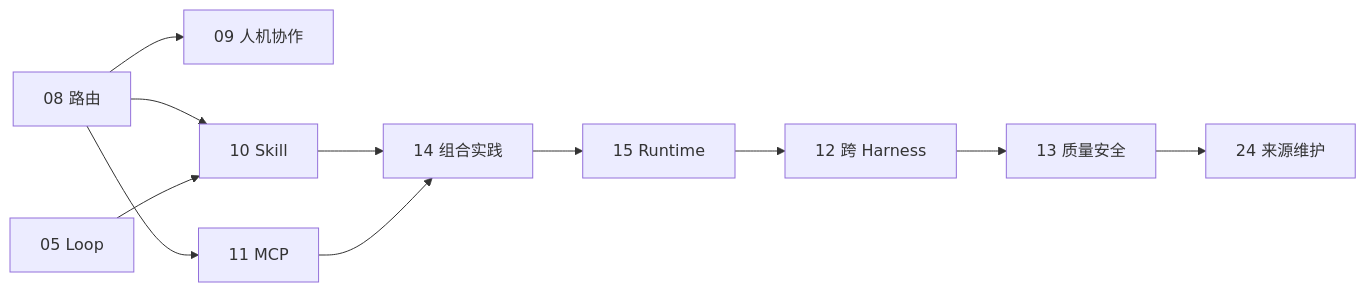
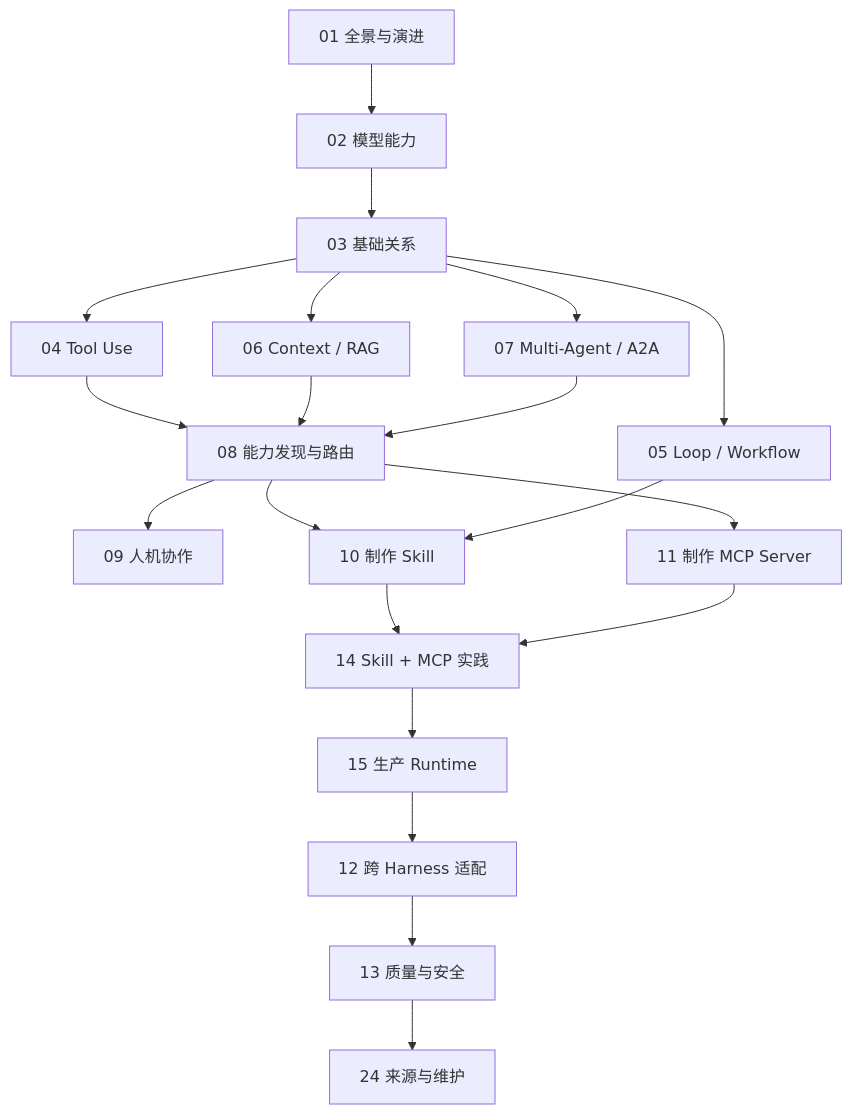
The fifth of 5 diagrams in docs/01-agent-evolution.md (FoLaJJ/agent-systems-notes), drawn with Mermaid before and after one commit. The commit also changed other lines of this file and 13 other files, not shown here.

Commit message:
Refine Mermaid diagram layouts

````diff
--- a/docs/01-agent-evolution.md
+++ b/docs/01-agent-evolution.md
@@ -286,13 +277,22 @@
 ```mermaid
-flowchart LR
-    H["08 路由"] --> I["09 人机协作"]
-    H --> J["10 Skill"]
-    H --> K["11 MCP"]
-    E["05 Loop"] --> J
-    J --> L["14 组合实践"]
-    K --> L
-    L --> M["15 Runtime"]
-    M --> N["12 跨 Harness"]
-    N --> O["13 质量安全"]
-    O --> P["24 来源维护"]
+flowchart TB
+    A["01 全景与演进"] --> L["02 模型能力"]
+    L --> B["03 基础关系"]
+    B --> C["04 Tool Use"]
+    B --> D["05 Loop / Workflow"]
+    B --> E["06 Context / RAG"]
+    B --> F["07 Multi-Agent / A2A"]
+    C --> R["08 能力发现与路由"]
+    E --> R
+    F --> R
+    R --> X["09 人机协作"]
+    R --> G["10 制作 Skill"]
+    D --> G
+    R --> H["11 制作 MCP Server"]
+    G --> I["14 Skill + MCP 实践"]
+    H --> I
+    I --> Y["15 生产 Runtime"]
+    Y --> J["12 跨 Harness 适配"]
+    J --> K["13 质量与安全"]
+    K --> Z["24 来源与维护"]
 ```
````
